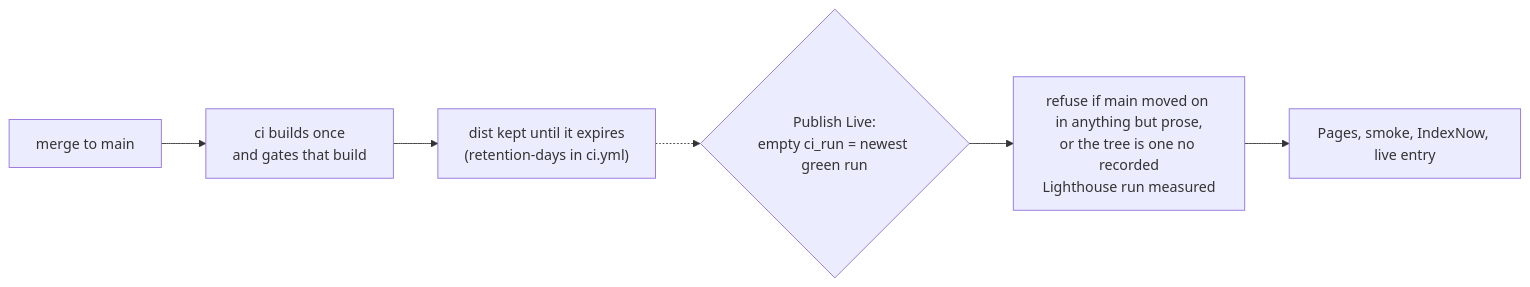
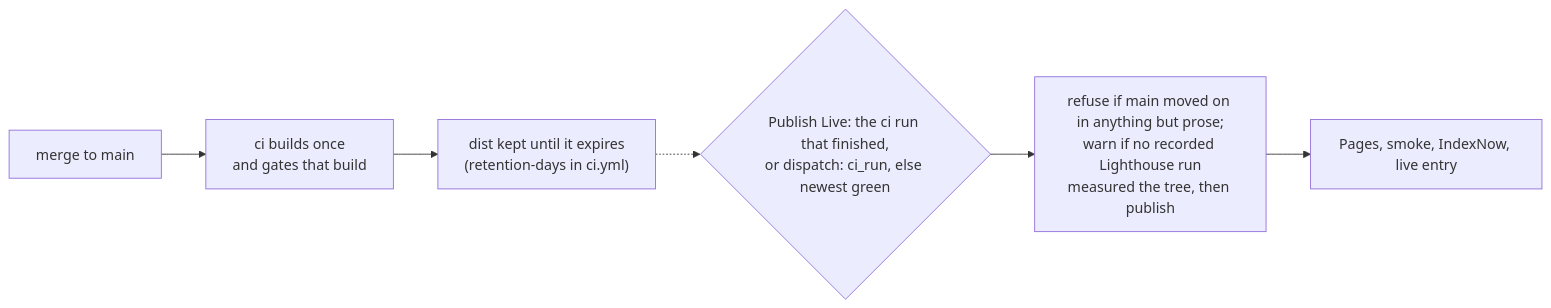
The diagram in site/.agents/skills/publish-the-build.md (meshin-co/website), drawn with Mermaid before and after one commit. The commit also changed other lines of this file and 26 other files, not shown here.

First line of the commit message:
feat(publish): the press publishes by itself, and an unmeasured tree warns instead of stopping the line

````diff
--- a/site/.agents/skills/publish-the-build.md
+++ b/site/.agents/skills/publish-the-build.md
@@ -54,8 +54,8 @@
 ```mermaid
 flowchart LR
     A["merge to main"] --> B["ci builds once<br/>and gates that build"]
     B --> C["dist kept until it expires<br/>(retention-days in ci.yml)"]
-    C -.-> D{"Publish Live:<br/>empty ci_run = newest green run"}
-    D --> G["refuse if main moved on in anything but prose,<br/>or the tree is one no recorded<br/>Lighthouse run measured"]
+    C -.-> D{"Publish Live: the ci run that finished,<br/>or dispatch: ci_run, else newest green"}
+    D --> G["refuse if main moved on in anything but prose;<br/>warn if no recorded Lighthouse run<br/>measured the tree, then publish"]
     G --> H["Pages, smoke, IndexNow, live entry"]
 ```
````
